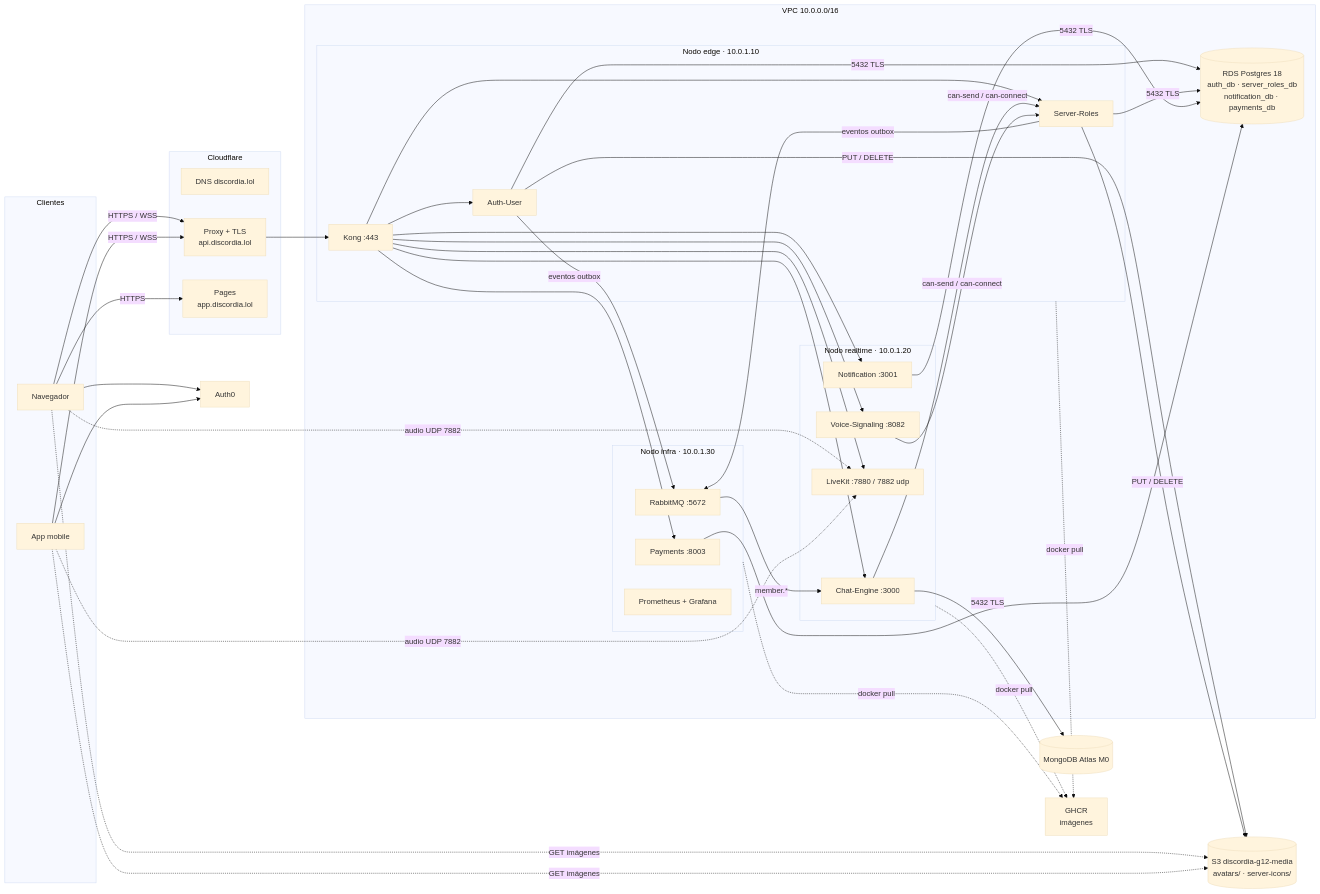
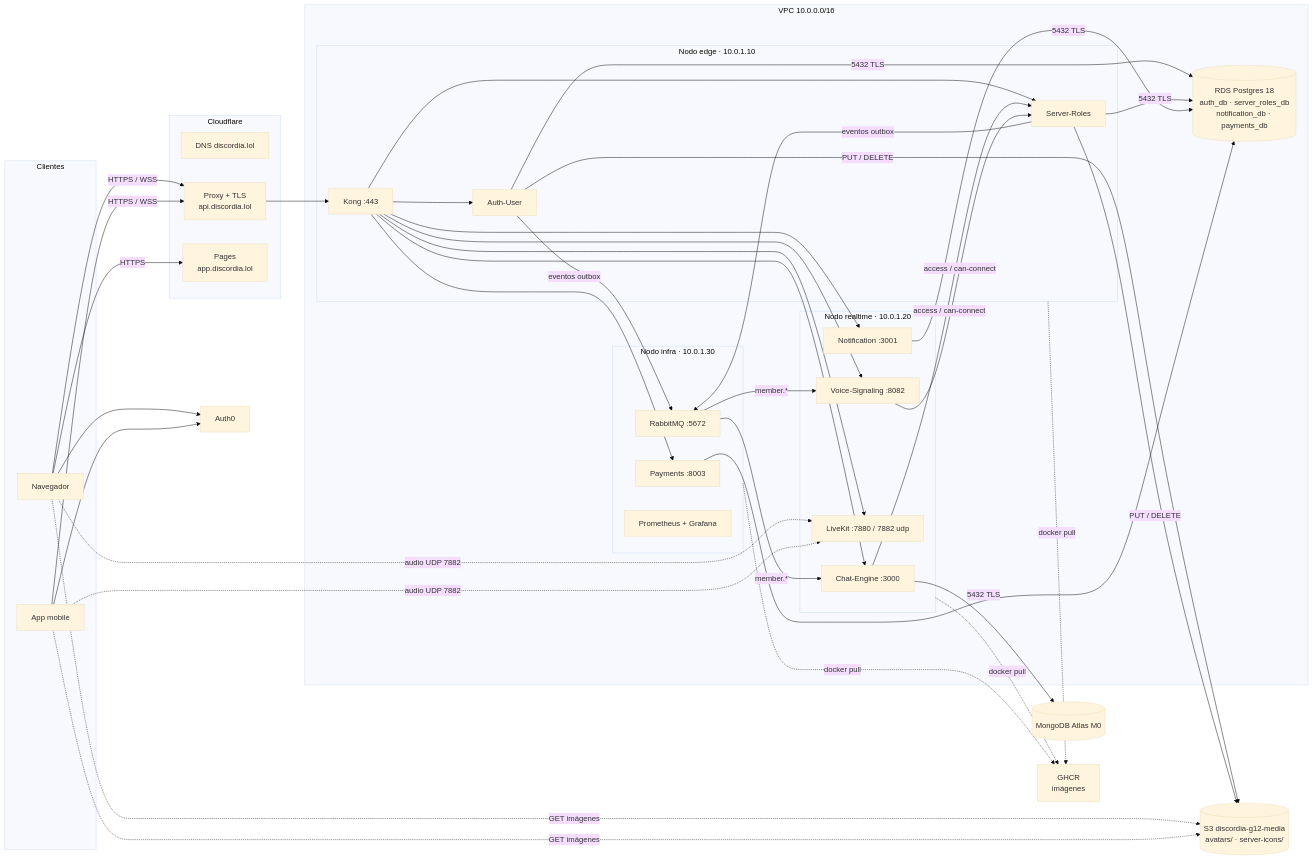
Before and after one commit to discordia-g12/discordia-orchestrator: the first of 6 diagrams in docs/ARQUITECTURA.md, drawn with Mermaid (base theme). The commit also changed other lines of this file and 3 other files, not shown here.

````diff
--- a/docs/ARQUITECTURA.md
+++ b/docs/ARQUITECTURA.md
@@ -48,57 +48,57 @@
 ```mermaid
 flowchart LR
     subgraph Clientes
         WEB[Navegador]
         APK[App mobile]
     end
 
     subgraph CF[Cloudflare]
         DNS[DNS discordia.lol]
         PROXY[Proxy + TLS<br/>api.discordia.lol]
         PAGES[Pages<br/>app.discordia.lol]
     end
 
     subgraph VPC[VPC 10.0.0.0/16]
         subgraph EDGE[Nodo edge · 10.0.1.10]
             KONG[Kong :443]
             AUTH[Auth-User]
             SR[Server-Roles]
         end
 
         subgraph RT[Nodo realtime · 10.0.1.20]
             CHAT[Chat-Engine :3000]
             VOICE[Voice-Signaling :8082]
             LK[LiveKit :7880 / 7882 udp]
             NOTIF[Notification :3001]
         end
 
         subgraph INF[Nodo infra · 10.0.1.30]
             RMQ[RabbitMQ :5672]
             PAY[Payments :8003]
             PROM[Prometheus + Grafana]
         end
 
         RDS[(RDS Postgres 18<br/>auth_db · server_roles_db<br/>notification_db · payments_db)]
     end
 
     ATLAS[(MongoDB Atlas M0)]
     S3[(S3 discordia-g12-media<br/>avatars/ · server-icons/)]
     AUTH0[Auth0]
     GHCR[GHCR<br/>imágenes]
 
     WEB -->|HTTPS| PAGES
     WEB & APK -.->|GET imágenes| S3
     AUTH & SR -->|PUT / DELETE| S3
     WEB & APK -->|HTTPS / WSS| PROXY --> KONG
     WEB & APK -.->|audio UDP 7882| LK
     KONG --> AUTH & SR
     KONG --> CHAT & VOICE & NOTIF & LK
     KONG --> PAY
     AUTH & SR & NOTIF & PAY -->|5432 TLS| RDS
     CHAT --> ATLAS
     AUTH & SR -->|eventos outbox| RMQ
-    RMQ -->|member.*| CHAT
-    CHAT & VOICE -->|can-send / can-connect| SR
+    RMQ -->|member.*| CHAT & VOICE
+    CHAT & VOICE -->|access / can-connect| SR
     WEB & APK --> AUTH0
     EDGE & RT & INF -.->|docker pull| GHCR
 ```
````
